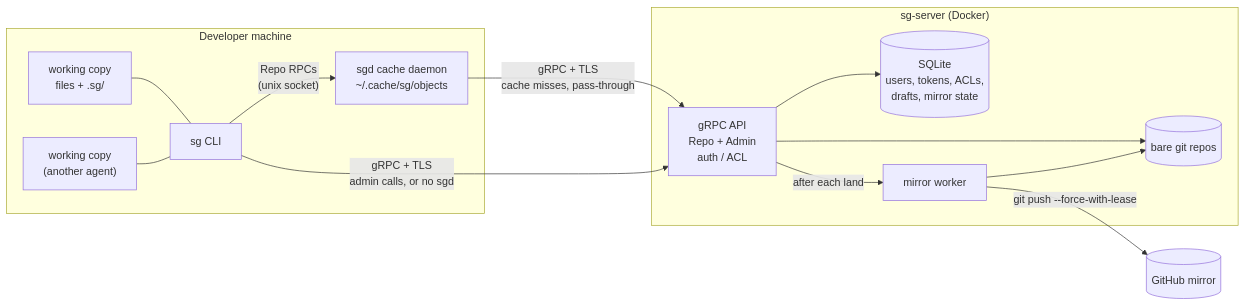
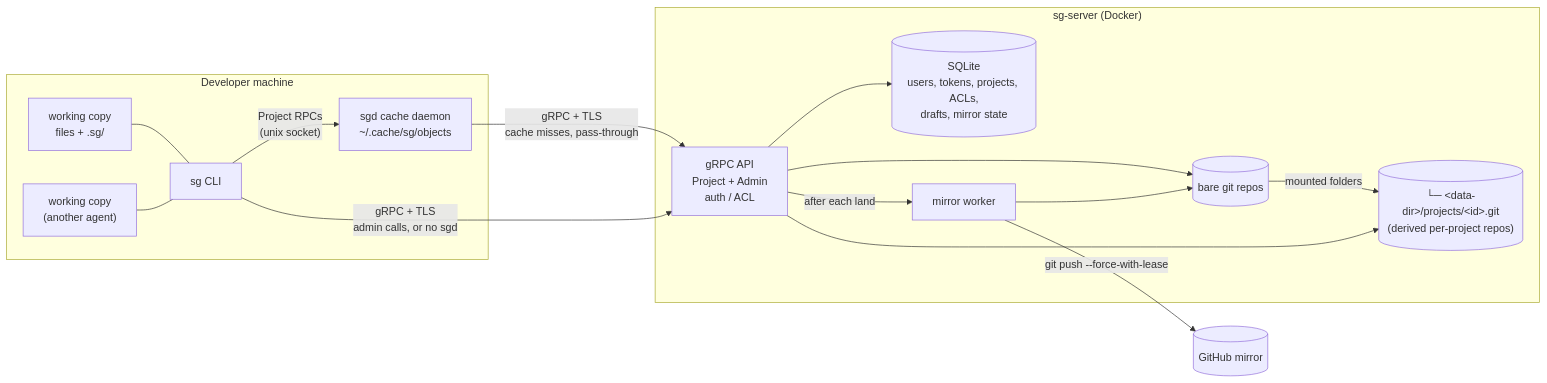
The diagram in README.md (hermes98761234/sgit), drawn with Mermaid before and after one commit. The commit also changed other lines of this file and 6 other files, not shown here.

First line of the commit message:
docs: projects in README, server/client/sgd guides and both skills

````diff
--- a/README.md
+++ b/README.md
@@ -21,29 +22,32 @@
 ```mermaid
 flowchart LR
     subgraph dev["Developer machine"]
         WC1["working copy<br/>files + .sg/"]
         WC2["working copy<br/>(another agent)"]
         SG["sg CLI"]
         SGD["sgd cache daemon<br/>~/.cache/sg/objects"]
         WC1 --- SG
         WC2 --- SG
-        SG -- "Repo RPCs<br/>(unix socket)" --> SGD
+        SG -- "Project RPCs<br/>(unix socket)" --> SGD
     end
 
     subgraph srv["sg-server (Docker)"]
-        API["gRPC API<br/>Repo + Admin<br/>auth / ACL"]
+        API["gRPC API<br/>Project + Admin<br/>auth / ACL"]
         GIT[("bare git repos")]
-        DB[("SQLite<br/>users, tokens, ACLs,<br/>drafts, mirror state")]
+        PGIT[("└─ #60;data-dir#62;/projects/#60;id#62;.git<br/>(derived per-project repos)")]
+        DB[("SQLite<br/>users, tokens, projects, ACLs,<br/>drafts, mirror state")]
         MW["mirror worker"]
         API --> GIT
+        GIT -- "mounted folders" --> PGIT
+        API --> PGIT
         API --> DB
         API -- "after each land" --> MW
         MW --> GIT
     end
 
     GH[("GitHub mirror")]
 
     SGD -- "gRPC + TLS<br/>cache misses, pass-through" --> API
     SG -- "gRPC + TLS<br/>admin calls, or no sgd" --> API
     MW -- "git push --force-with-lease" --> GH
 ```
````
